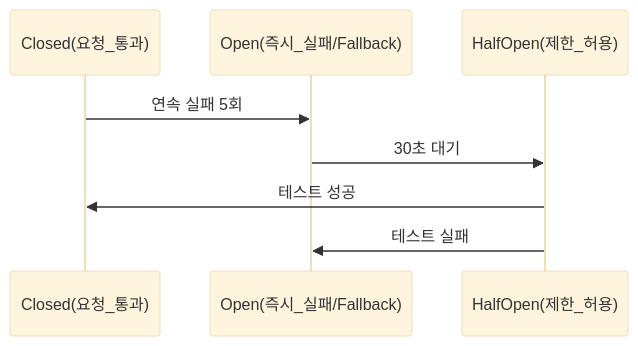
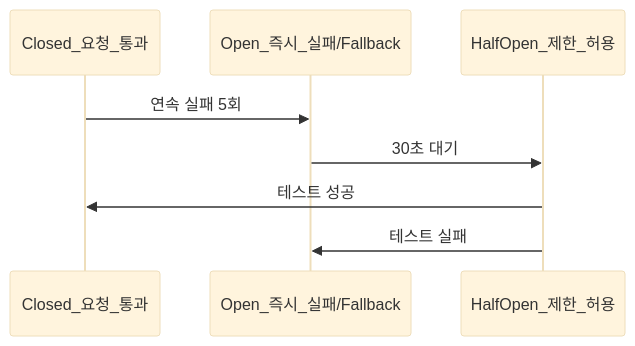
One commit to yjkim2015/yjkim2015.github.io changed the tenth of 15 diagrams in _posts/architecture/2026-05-02-msa-deep.md. Above: the diagram before and after it, drawn with Mermaid (base theme). The commit also changed other lines of this file and 85 other files, not shown here.

First line of the commit message:
sequenceDiagram 문법 에러 2차 수정 169개 (86파일)

````diff
--- a/_posts/architecture/2026-05-02-msa-deep.md
+++ b/_posts/architecture/2026-05-02-msa-deep.md
@@ -295,7 +295,7 @@
 ```mermaid
 sequenceDiagram
-    Closed(요청_통과)->>Open(즉시_실패/Fallback): 연속 실패 5회
-    Open(즉시_실패/Fallback)->>HalfOpen(제한_허용): 30초 대기
-    HalfOpen(제한_허용)->>Closed(요청_통과): 테스트 성공
-    HalfOpen(제한_허용)->>Open(즉시_실패/Fallback): 테스트 실패
+    Closed_요청_통과->>Open_즉시_실패/Fallback: 연속 실패 5회
+    Open_즉시_실패/Fallback->>HalfOpen_제한_허용: 30초 대기
+    HalfOpen_제한_허용->>Closed_요청_통과: 테스트 성공
+    HalfOpen_제한_허용->>Open_즉시_실패/Fallback: 테스트 실패
 ```
````
